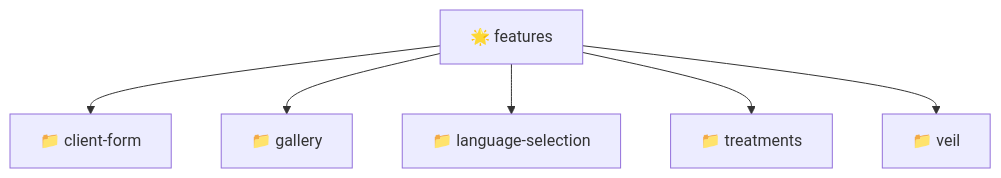
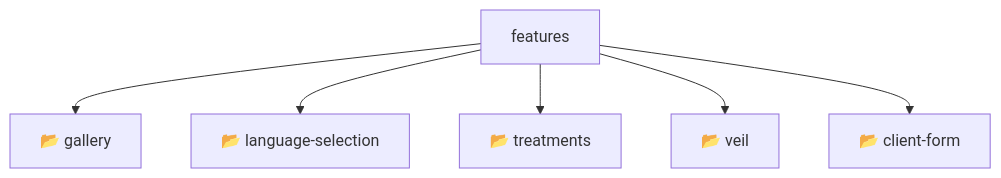
Before and after one commit to beginwebdev2002/fullstack-mavluda: the diagram in frontend/src/features/README.md, drawn with Mermaid. The commit also changed other lines of this file and 155 other files, not shown here.

````diff
--- a/frontend/src/features/README.md
+++ b/frontend/src/features/README.md
@@ -10,9 +14,9 @@
 ```mermaid
 graph TD
-  Root["🌟 features"]
-  Root --> clientform["📁 client-form"]
-  Root --> gallery["📁 gallery"]
-  Root --> languageselection["📁 language-selection"]
-  Root --> treatments["📁 treatments"]
-  Root --> veil["📁 veil"]
+    Root[features]
+    Root --> F0[📂 gallery]
+    Root --> F1[📂 language-selection]
+    Root --> F2[📂 treatments]
+    Root --> F3[📂 veil]
+    Root --> F4[📂 client-form]
 ```
````
